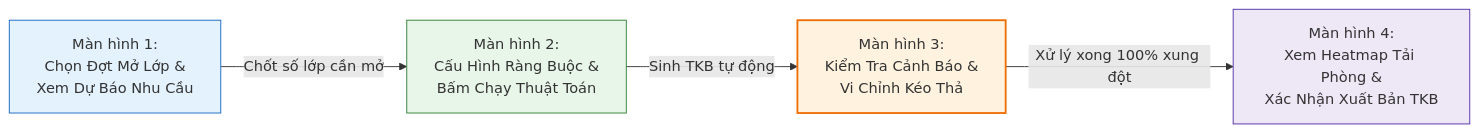
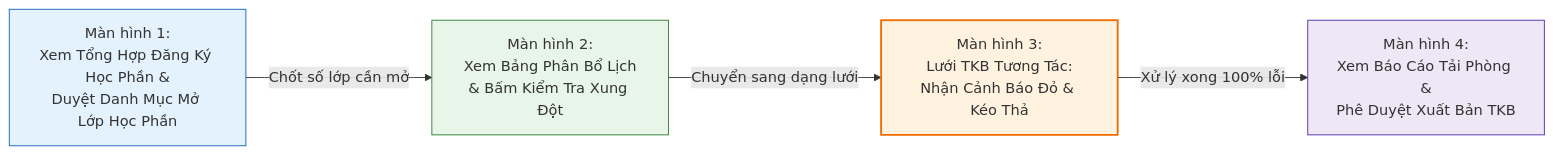
Before and after one commit to cacancap/IT3120_QuanLyDaoTao: the third of 3 diagrams in bai-tap-1/BAO-CAO-TONG-HOP-NHOM.md, drawn with Mermaid. The commit also changed other lines of this file, not shown here.

````diff
--- a/bai-tap-1/BAO-CAO-TONG-HOP-NHOM.md
+++ b/bai-tap-1/BAO-CAO-TONG-HOP-NHOM.md
@@ -213,11 +234,11 @@
 ```mermaid
 flowchart LR
-    S1["Màn hình 1:<br/>Chọn Đợt Mở Lớp &<br/>Xem Dự Báo Nhu Cầu"] -->|"Chốt số lớp cần mở"| S2["Màn hình 2:<br/>Cấu Hình Ràng Buộc &<br/>Bấm Chạy Thuật Toán"]
-    S2 -->|"Sinh TKB tự động"| S3["Màn hình 3:<br/>Kiểm Tra Cảnh Báo &<br/>Vi Chỉnh Kéo Thả"]
-    S3 -->|"Xử lý xong 100% xung đột"| S4["Màn hình 4:<br/>Xem Heatmap Tải Phòng &<br/>Xác Nhận Xuất Bản TKB"]
+    S1["Màn hình 1:<br/>Xem Tổng Hợp Đăng Ký Học Phần &<br/>Duyệt Danh Mục Mở Lớp Học Phần"] -->|"Chốt số lớp cần mở"| S2["Màn hình 2:<br/>Xem Bảng Phân Bổ Lịch<br/>& Bấm Kiểm Tra Xung Đột"]
+    S2 -->|"Chuyển sang dạng lưới"| S3["Màn hình 3:<br/>Lưới TKB Tương Tác:<br/>Nhận Cảnh Báo Đỏ & Kéo Thả"]
+    S3 -->|"Xử lý xong 100% lỗi"| S4["Màn hình 4:<br/>Xem Báo Cáo Tải Phòng &<br/>Phê Duyệt Xuất Bản TKB"]
 
     style S1 fill:#e3f2fd,stroke:#1565c0,stroke-width:1px
     style S2 fill:#e8f5e9,stroke:#2e7d32,stroke-width:1px
     style S3 fill:#fff3e0,stroke:#ef6c00,stroke-width:2px
     style S4 fill:#ede7f6,stroke:#512da8,stroke-width:1px
 ```
````
